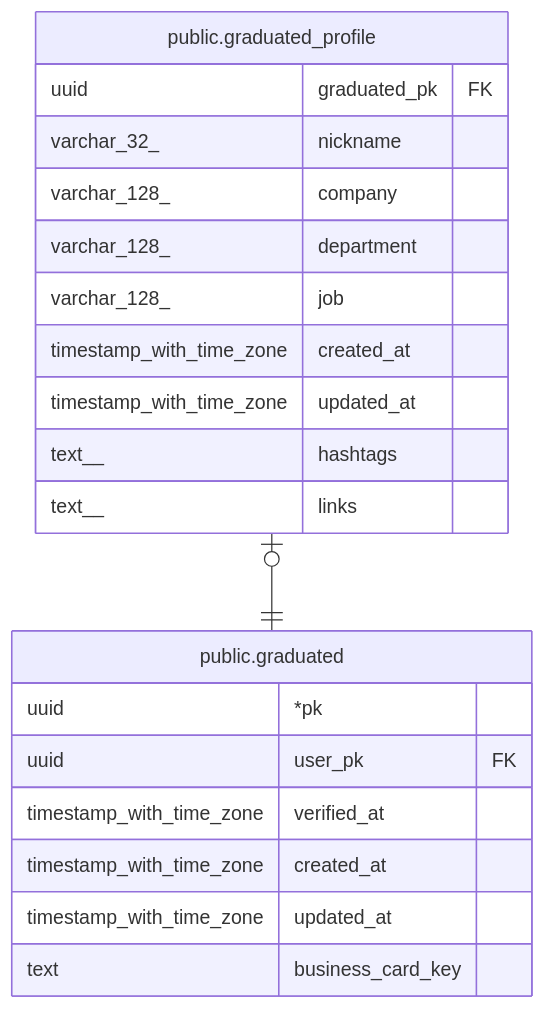
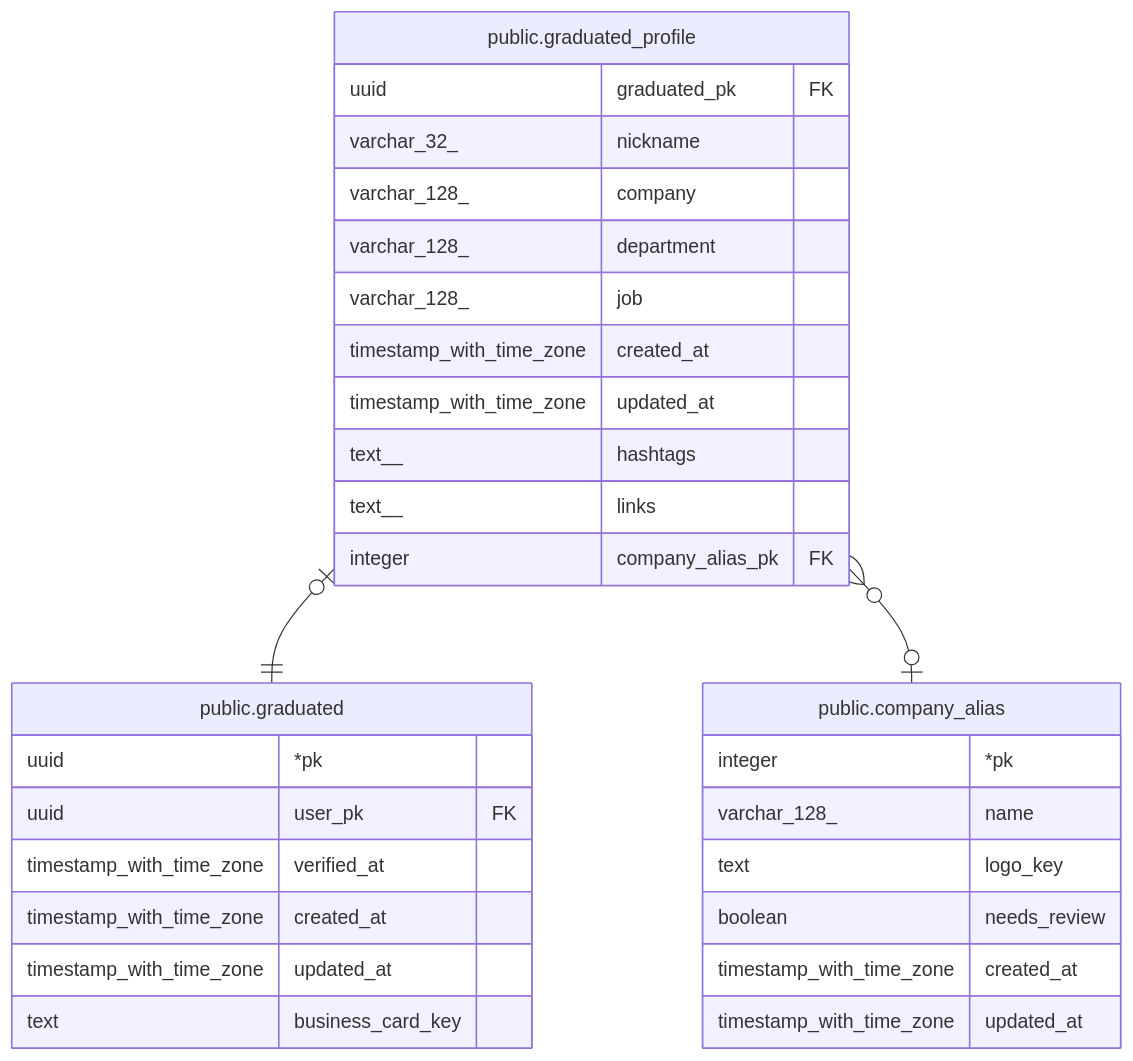
One commit to gsainfoteam/cheers-be changed the diagram in docs/schema/public.graduated_profile.md. Above: the diagram before and after it, drawn with Mermaid. The commit also changed other lines of this file and 12 other files, not shown here.

First line of the commit message:
- feat: add company alias and name tables (CRB-68)

````diff
--- a/docs/schema/public.graduated_profile.md
+++ b/docs/schema/public.graduated_profile.md
@@ -36,25 +39,35 @@
 ```mermaid
 erDiagram
 
 "public.graduated_profile" |o--|| "public.graduated" : ""
+"public.graduated_profile" }o--o| "public.company_alias" : ""
 
 "public.graduated_profile" {
   uuid graduated_pk FK
   varchar_32_ nickname
   varchar_128_ company
   varchar_128_ department
   varchar_128_ job
   timestamp_with_time_zone created_at
   timestamp_with_time_zone updated_at
   text__ hashtags
   text__ links
+  integer company_alias_pk FK
 }
 "public.graduated" {
   uuid *pk
   uuid user_pk FK
   timestamp_with_time_zone verified_at
   timestamp_with_time_zone created_at
   timestamp_with_time_zone updated_at
   text business_card_key
 }
+"public.company_alias" {
+  integer *pk
+  varchar_128_ name
+  text logo_key
+  boolean needs_review
+  timestamp_with_time_zone created_at
+  timestamp_with_time_zone updated_at
+}
 ```
````
